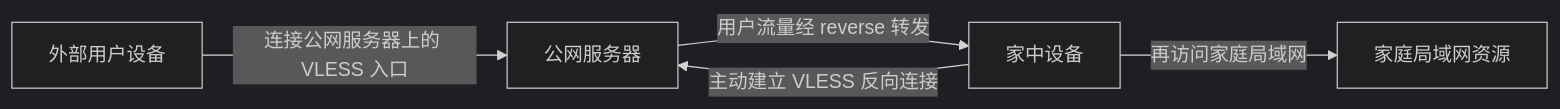
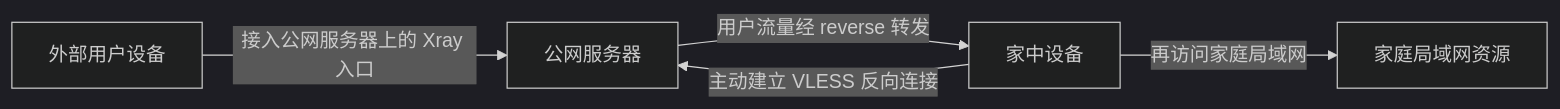
One commit to XTLS/Xray-docs-next changed the third of 6 diagrams in docs/document/level-2/vless_reverse.md. Above: the diagram before and after it, drawn with Mermaid (dark theme). The commit also changed other lines of this file and 2 other files, not shown here.

First line of the commit message:
Update VLESS Reverse Proxy Again

````diff
--- a/docs/document/level-2/vless_reverse.md
+++ b/docs/document/level-2/vless_reverse.md
@@ -223,12 +223,12 @@
 ```mermaid
 flowchart LR
     U[外部用户设备]
     S[公网服务器]
     I[家中设备]
     H[家庭局域网资源]
 
     I -- 主动建立 VLESS 反向连接 --> S
-    U -- 连接公网服务器上的 VLESS 入口 --> S
+    U -- 接入公网服务器上的 Xray 入口 --> S
     S -- 用户流量经 reverse 转发 --> I
     I -- 再访问家庭局域网 --> H
 ```
````
